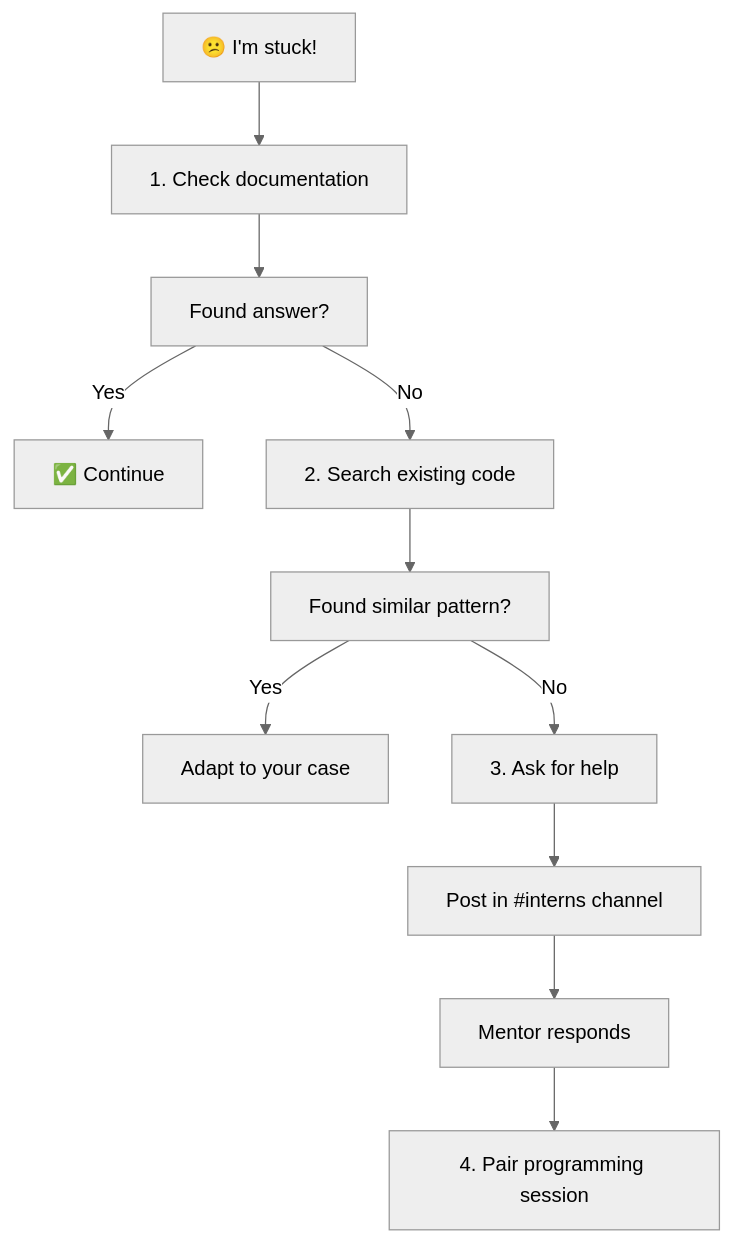
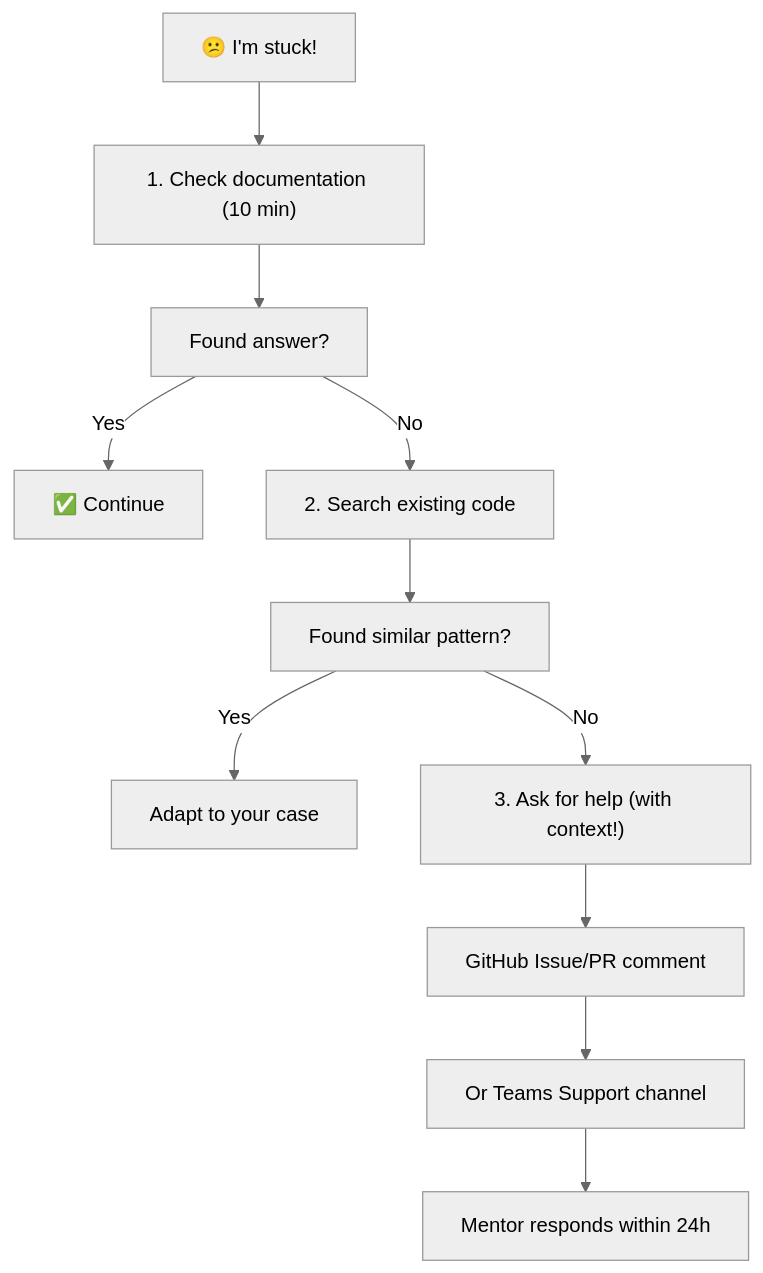
The fourth of 4 diagrams in docs/INTERN_GUIDE.md (PearlThoughtsInternship/erpnext-go), drawn with Mermaid (neutral theme) before and after one commit. The commit also changed other lines of this file and 4 other files, not shown here.

First line of the commit message:
docs: Add core architectural insight and engineering narrative

````diff
--- a/docs/INTERN_GUIDE.md
+++ b/docs/INTERN_GUIDE.md
@@ -277,17 +486,17 @@
 ```mermaid
 flowchart TD
     stuck["😕 I'm stuck!"]
 
-    stuck --> doc["1. Check documentation"]
+    stuck --> doc["1. Check documentation (10 min)"]
     doc --> found["Found answer?"]
     found -->|Yes| continue["✅ Continue"]
     found -->|No| search["2. Search existing code"]
 
     search --> pattern["Found similar pattern?"]
     pattern -->|Yes| adapt["Adapt to your case"]
-    pattern -->|No| ask["3. Ask for help"]
+    pattern -->|No| ask["3. Ask for help (with context!)"]
 
-    ask --> slack["Post in #interns channel"]
-    slack --> mentor["Mentor responds"]
-    mentor --> pair["4. Pair programming session"]
+    ask --> github["GitHub Issue/PR comment"]
+    github --> teams["Or Teams Support channel"]
+    teams --> mentor["Mentor responds within 24h"]
 ```
````
